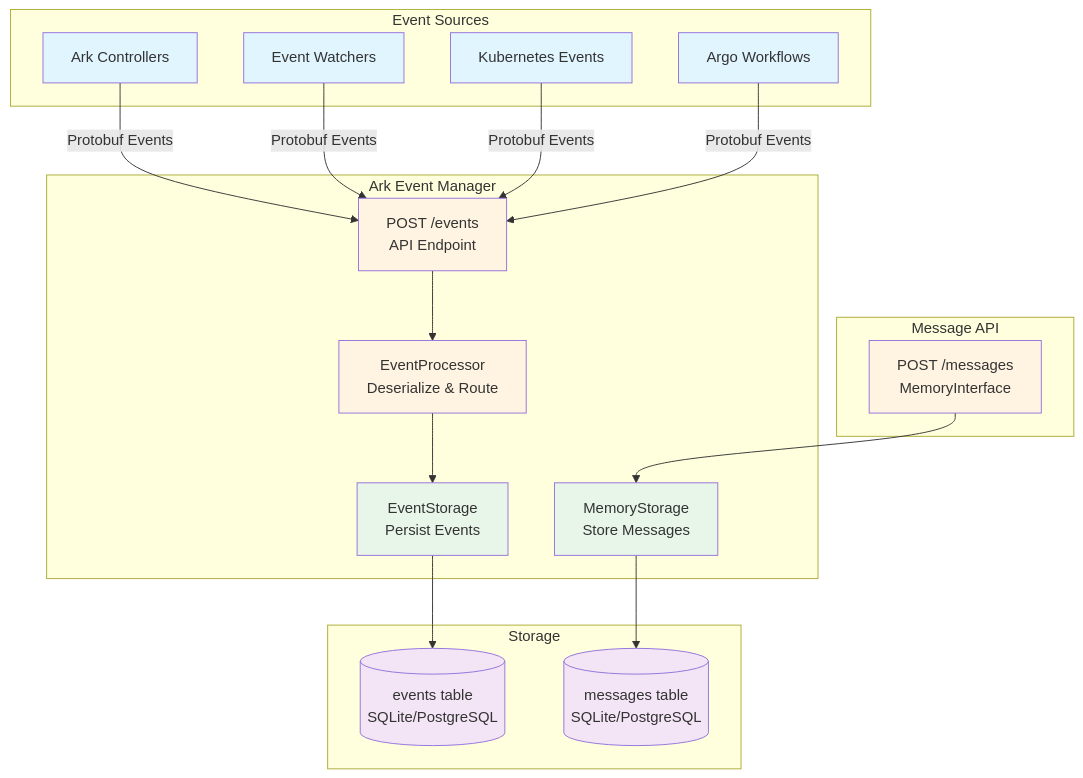
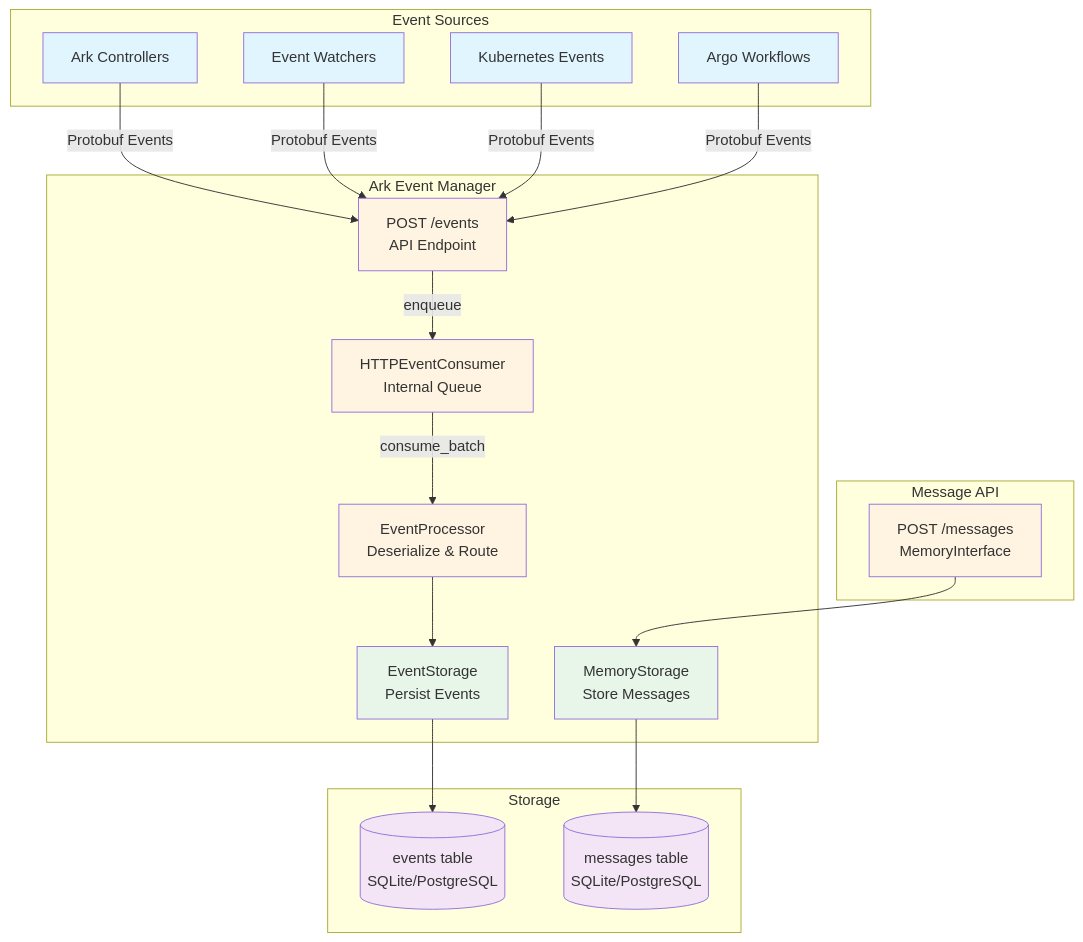
The first of 4 diagrams in services/ark-event-manager/ark-event-manager/ARCHITECTURE.md (mckinsey/agents-at-scale-ark), drawn with Mermaid before and after one commit. The commit also changed other lines of this file and 1 other file, not shown here.

````diff
--- a/services/ark-event-manager/ark-event-manager/ARCHITECTURE.md
+++ b/services/ark-event-manager/ark-event-manager/ARCHITECTURE.md
@@ -58,49 +60,52 @@
 ```mermaid
 graph TB
     subgraph "Event Sources"
         Controllers[Ark Controllers]
         Watchers[Event Watchers]
         K8s[Kubernetes Events]
         Argo[Argo Workflows]
     end
 
     subgraph "Ark Event Manager"
         API[POST /events<br/>API Endpoint]
+        Consumer[HTTPEventConsumer<br/>Internal Queue]
         Processor[EventProcessor<br/>Deserialize & Route]
         EventStorage[EventStorage<br/>Persist Events]
         MemoryStorage[MemoryStorage<br/>Store Messages]
     end
 
     subgraph "Storage"
         EventsTable[(events table<br/>SQLite/PostgreSQL)]
         MessagesTable[(messages table<br/>SQLite/PostgreSQL)]
     end
 
     subgraph "Message API"
         MessageAPI[POST /messages<br/>MemoryInterface]
     end
 
     Controllers -->|Protobuf Events| API
     Watchers -->|Protobuf Events| API
     K8s -->|Protobuf Events| API
     Argo -->|Protobuf Events| API
 
-    API --> Processor
+    API -->|enqueue| Consumer
+    Consumer -->|consume_batch| Processor
     Processor --> EventStorage
     EventStorage --> EventsTable
 
     MessageAPI --> MemoryStorage
     MemoryStorage --> MessagesTable
 
     style Controllers fill:#e1f5ff
     style Watchers fill:#e1f5ff
     style K8s fill:#e1f5ff
     style Argo fill:#e1f5ff
     style API fill:#fff4e1
+    style Consumer fill:#fff4e1
     style Processor fill:#fff4e1
     style EventStorage fill:#e8f5e9
     style MemoryStorage fill:#e8f5e9
     style EventsTable fill:#f3e5f5
     style MessagesTable fill:#f3e5f5
     style MessageAPI fill:#fff4e1
 ```
````
